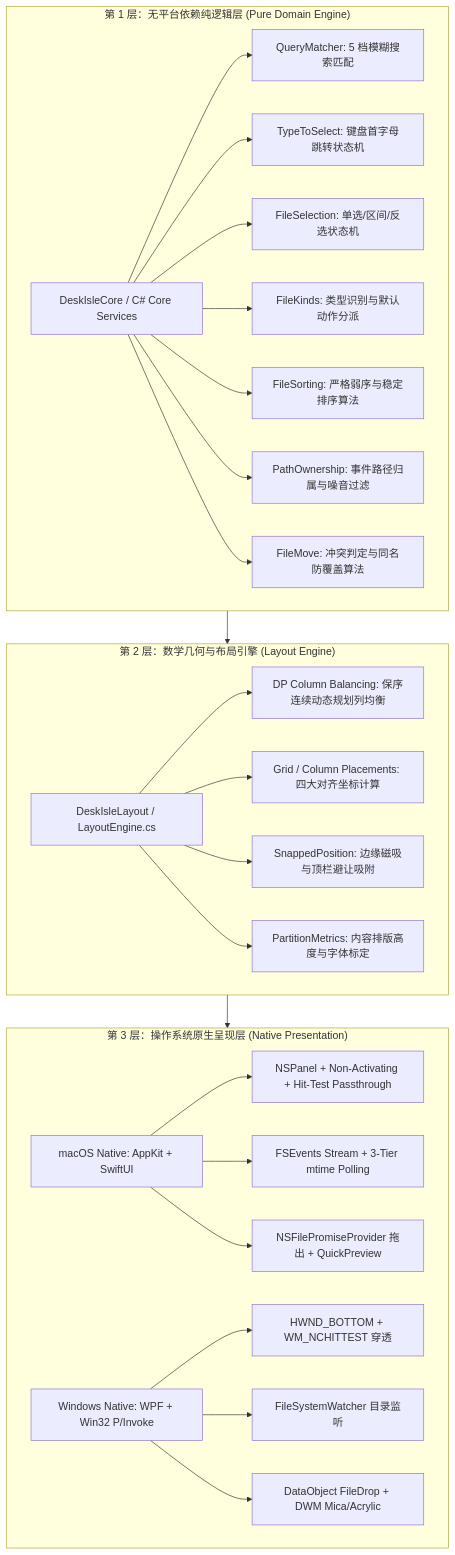
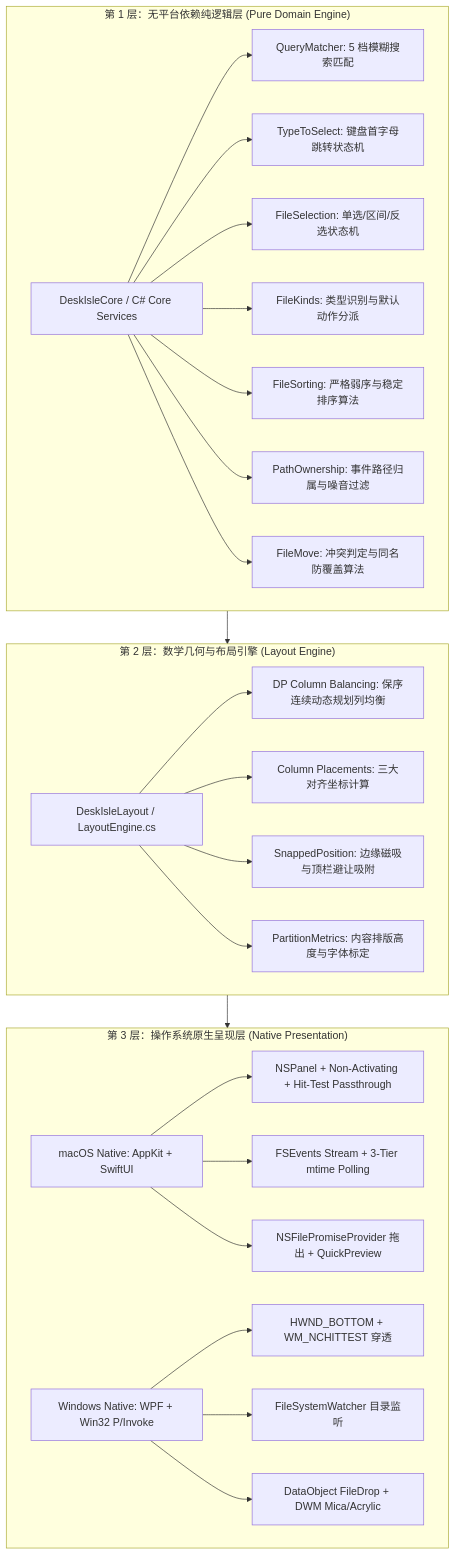
Before and after one commit to Ian-ooo/DeskIsle: the second of 4 diagrams in README.md, drawn with Mermaid. The commit also changed other lines of this file and 45 other files, not shown here.

````diff
--- a/README.md
+++ b/README.md
@@ -112,37 +112,37 @@
 ```mermaid
 flowchart TD
     subgraph Layer1 ["第 1 层：无平台依赖纯逻辑层 (Pure Domain Engine)"]
         Core["DeskIsleCore / C# Core Services"]
         Core --> M1["QueryMatcher: 5 档模糊搜索匹配"]
         Core --> M2["TypeToSelect: 键盘首字母跳转状态机"]
         Core --> M3["FileSelection: 单选/区间/反选状态机"]
         Core --> M4["FileKinds: 类型识别与默认动作分派"]
         Core --> M5["FileSorting: 严格弱序与稳定排序算法"]
         Core --> M6["PathOwnership: 事件路径归属与噪音过滤"]
         Core --> M7["FileMove: 冲突判定与同名防覆盖算法"]
     end
 
     subgraph Layer2 ["第 2 层：数学几何与布局引擎 (Layout Engine)"]
         Layout["DeskIsleLayout / LayoutEngine.cs"]
         Layout --> L1["DP Column Balancing: 保序连续动态规划列均衡"]
-        Layout --> L2["Grid / Column Placements: 四大对齐坐标计算"]
+        Layout --> L2["Column Placements: 三大对齐坐标计算"]
         Layout --> L3["SnappedPosition: 边缘磁吸与顶栏避让吸附"]
         Layout --> L4["PartitionMetrics: 内容排版高度与字体标定"]
     end
 
     subgraph Layer3 ["第 3 层：操作系统原生呈现层 (Native Presentation)"]
         macOS["macOS Native: AppKit + SwiftUI"]
         Win["Windows Native: WPF + Win32 P/Invoke"]
         
         macOS --> S1["NSPanel + Non-Activating + Hit-Test Passthrough"]
         macOS --> S2["FSEvents Stream + 3-Tier mtime Polling"]
         macOS --> S3["NSFilePromiseProvider 拖出 + QuickPreview"]
 
         Win --> W1["HWND_BOTTOM + WM_NCHITTEST 穿透"]
         Win --> W2["FileSystemWatcher 目录监听"]
         Win --> W3["DataObject FileDrop + DWM Mica/Acrylic"]
     end
 
     Layer1 --> Layer2
     Layer2 --> Layer3
 ```
````
